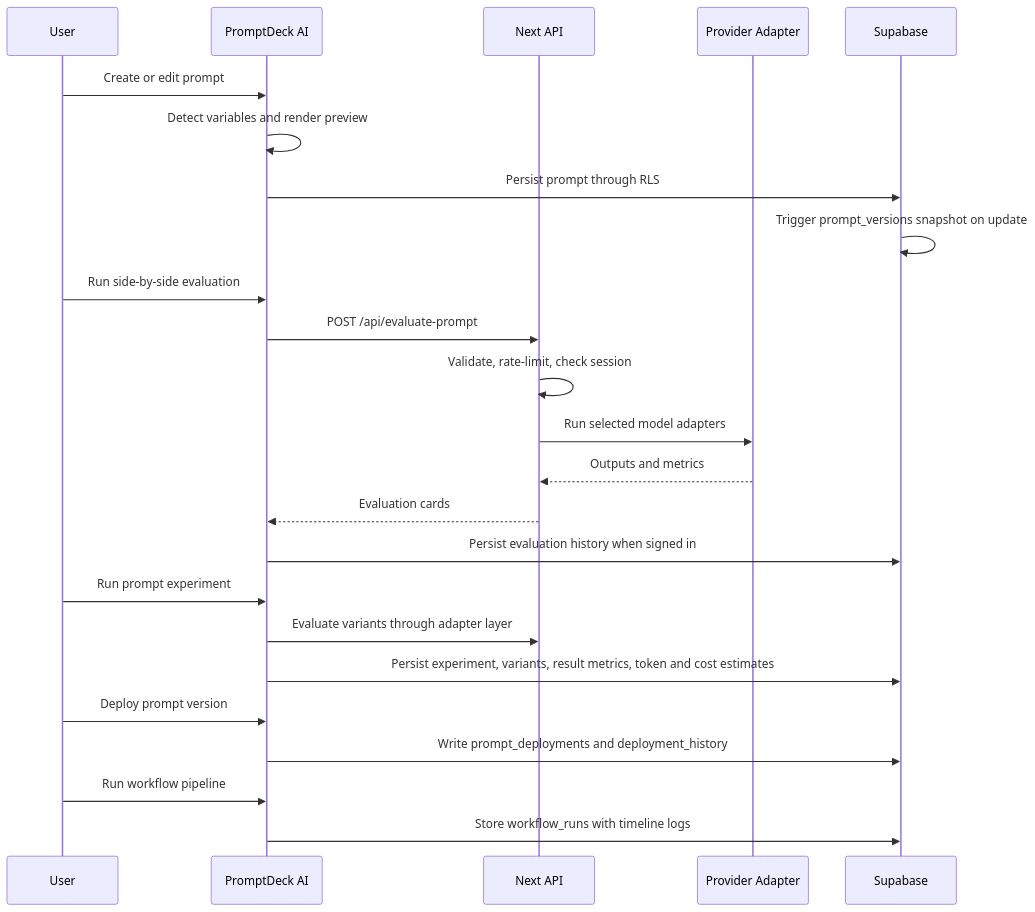
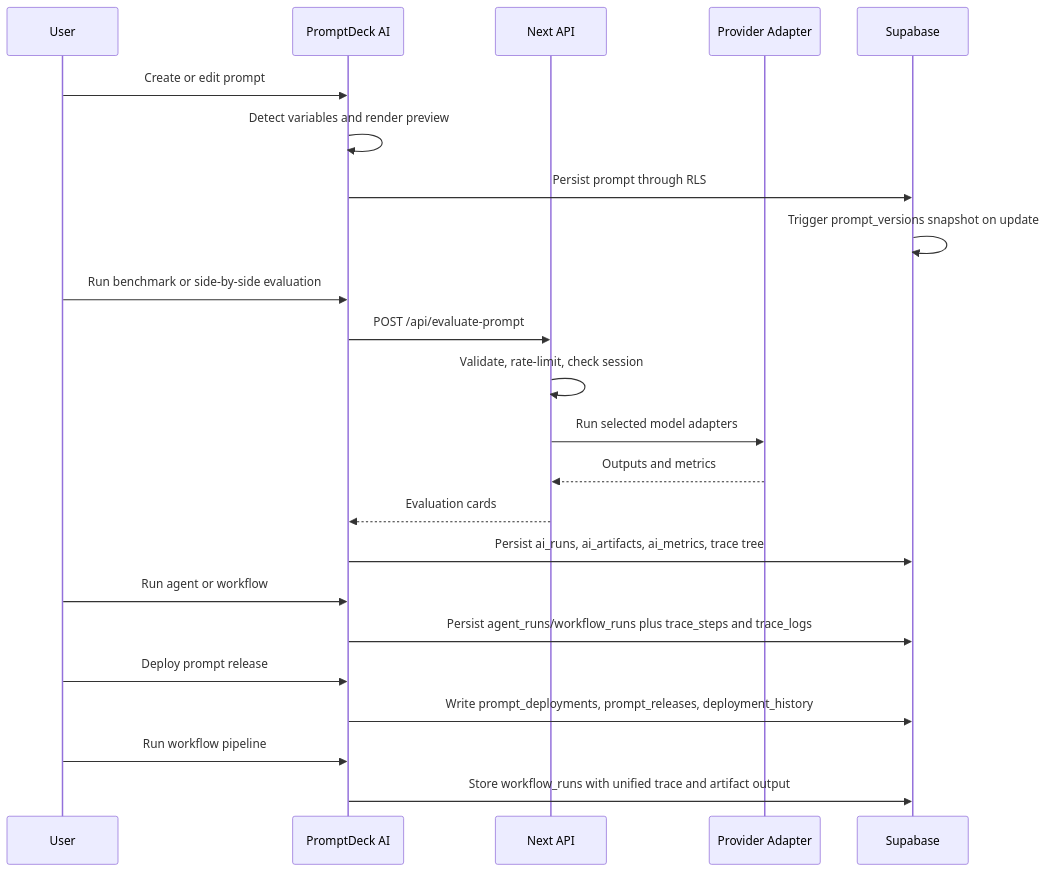
One commit to obone410/AI-Prompt-Management-Platform changed the second of 4 diagrams in docs/ARCHITECTURE.md. Above: the diagram before and after it, drawn with Mermaid. The commit also changed other lines of this file and 20 other files, not shown here.

````diff
--- a/docs/ARCHITECTURE.md
+++ b/docs/ARCHITECTURE.md
@@ -42,27 +48,26 @@
 ```mermaid
 sequenceDiagram
   participant User
   participant UI as PromptDeck AI
   participant API as Next API
   participant AI as Provider Adapter
   participant DB as Supabase
 
   User->>UI: Create or edit prompt
   UI->>UI: Detect variables and render preview
   UI->>DB: Persist prompt through RLS
   DB->>DB: Trigger prompt_versions snapshot on update
-  User->>UI: Run side-by-side evaluation
+  User->>UI: Run benchmark or side-by-side evaluation
   UI->>API: POST /api/evaluate-prompt
   API->>API: Validate, rate-limit, check session
   API->>AI: Run selected model adapters
   AI-->>API: Outputs and metrics
   API-->>UI: Evaluation cards
-  UI->>DB: Persist evaluation history when signed in
-  User->>UI: Run prompt experiment
-  UI->>API: Evaluate variants through adapter layer
-  UI->>DB: Persist experiment, variants, result metrics, token and cost estimates
-  User->>UI: Deploy prompt version
-  UI->>DB: Write prompt_deployments and deployment_history
+  UI->>DB: Persist ai_runs, ai_artifacts, ai_metrics, trace tree
+  User->>UI: Run agent or workflow
+  UI->>DB: Persist agent_runs/workflow_runs plus trace_steps and trace_logs
+  User->>UI: Deploy prompt release
+  UI->>DB: Write prompt_deployments, prompt_releases, deployment_history
   User->>UI: Run workflow pipeline
-  UI->>DB: Store workflow_runs with timeline logs
+  UI->>DB: Store workflow_runs with unified trace and artifact output
 ```
````
